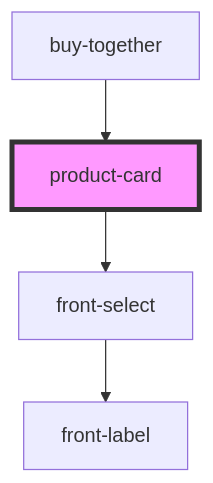
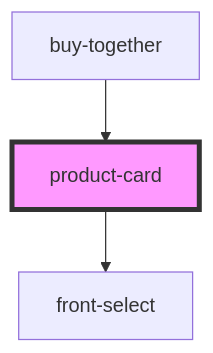
Before and after one commit to commerce-suite/storefront-components: the diagram in src/components/ui/product-card/readme.md, drawn with Mermaid. The commit also changed 14 other files, not shown here.

Commit message:
refactor(style): remocao do componente front-label em favor do  mixin e arquivo de variaveis

````diff
--- a/src/components/ui/product-card/readme.md
+++ b/src/components/ui/product-card/readme.md
@@ -34,7 +34,6 @@
 ```mermaid
 graph TD;
   product-card --> front-select
-  front-select --> front-label
   buy-together --> product-card
   style product-card fill:#f9f,stroke:#333,stroke-width:4px
 ```
````
